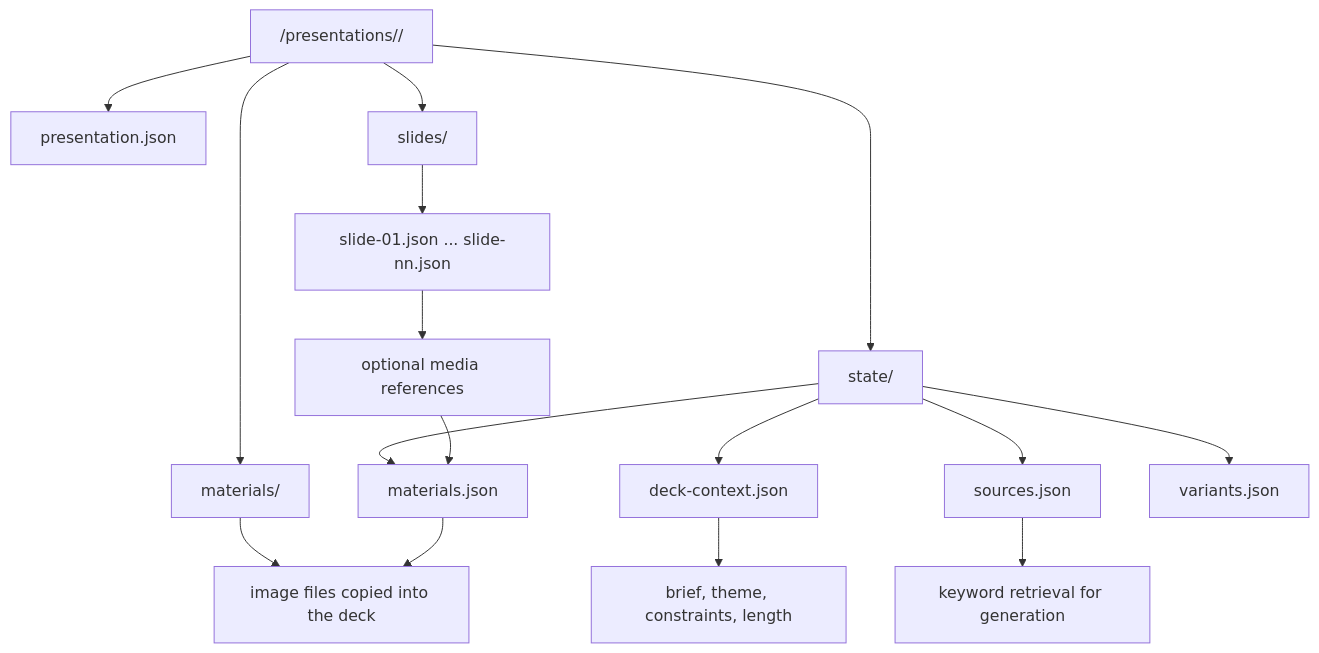
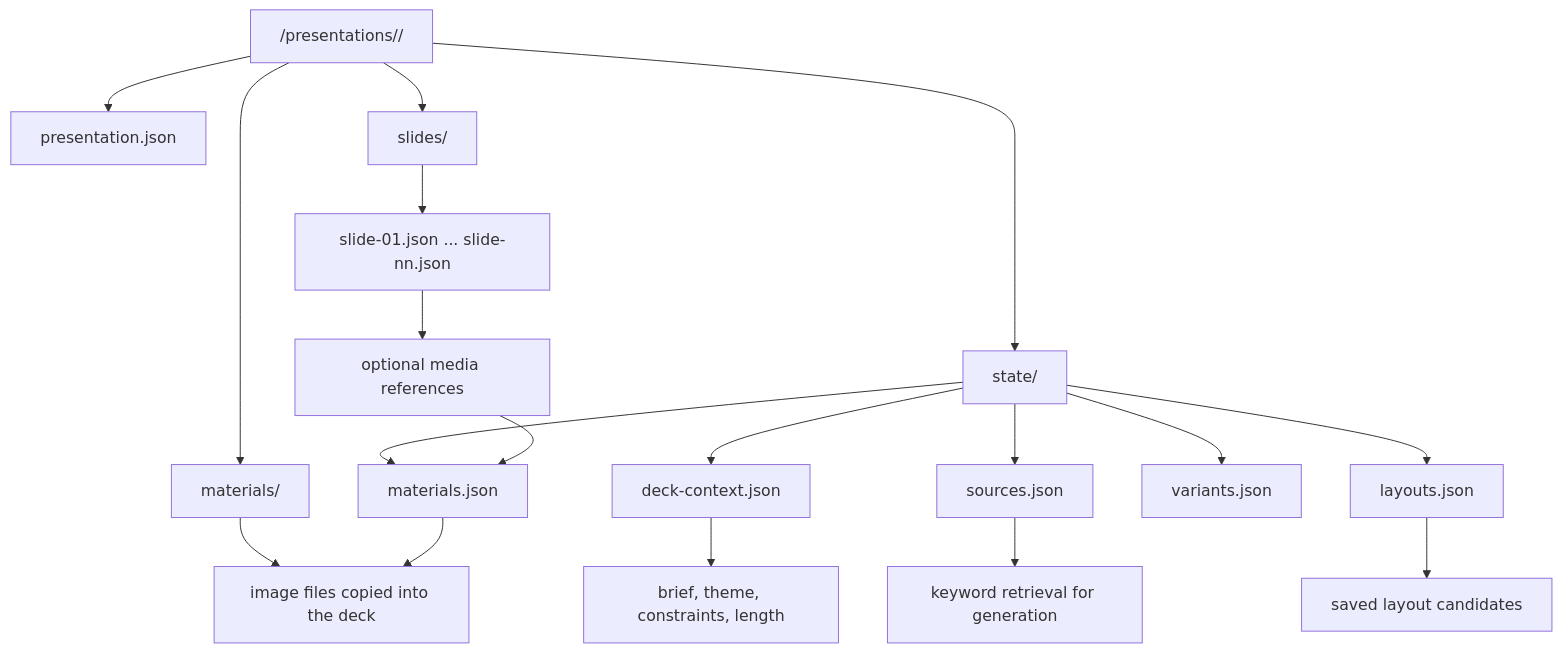
One commit to bebraw/slideotter changed the second of 5 diagrams in docs/ARCHITECTURE.md. Above: the diagram before and after it, drawn with Mermaid. The commit also changed other lines of this file and 10 other files, not shown here.

````diff
--- a/docs/ARCHITECTURE.md
+++ b/docs/ARCHITECTURE.md
@@ -86,20 +88,22 @@
 ```mermaid
 flowchart TB
     root["/presentations/<id>/"] --> manifest["presentation.json"]
     root --> slidesDir["slides/"]
     root --> stateDir["state/"]
     root --> materialsDir["materials/"]
 
     slidesDir --> slideSpecs["slide-01.json ... slide-nn.json"]
     stateDir --> deckContext["deck-context.json"]
     stateDir --> sourcesJson["sources.json"]
     stateDir --> materialsJson["materials.json"]
     stateDir --> variantsJson["variants.json"]
+    stateDir --> layoutsJson["layouts.json"]
     materialsDir --> images["image files copied into the deck"]
 
     slideSpecs --> mediaRefs["optional media references"]
     mediaRefs --> materialsJson
     materialsJson --> images
     sourcesJson --> retrieval["keyword retrieval for generation"]
     deckContext --> generation["brief, theme, constraints, length"]
+    layoutsJson --> layoutCandidates["saved layout candidates"]
 ```
````
